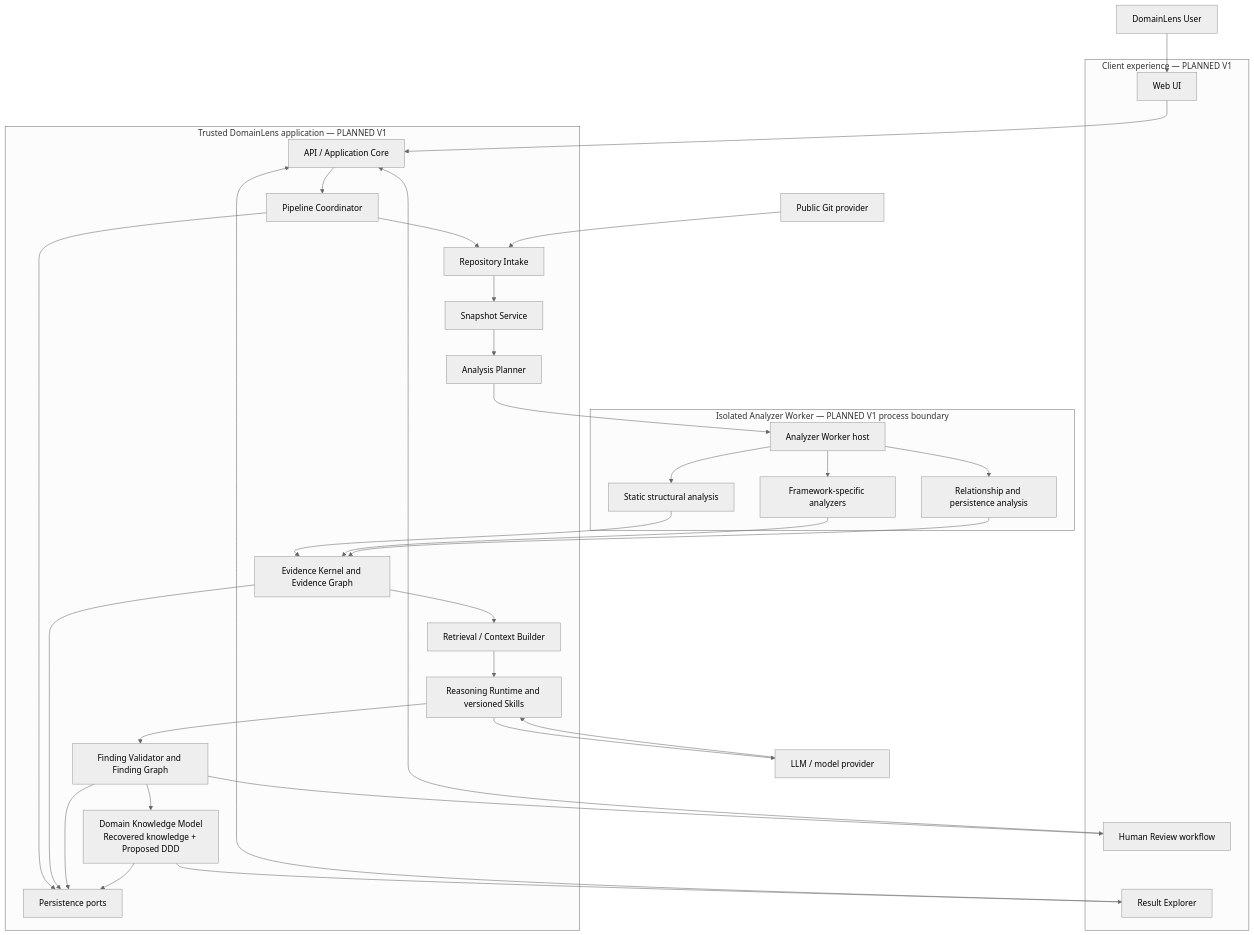
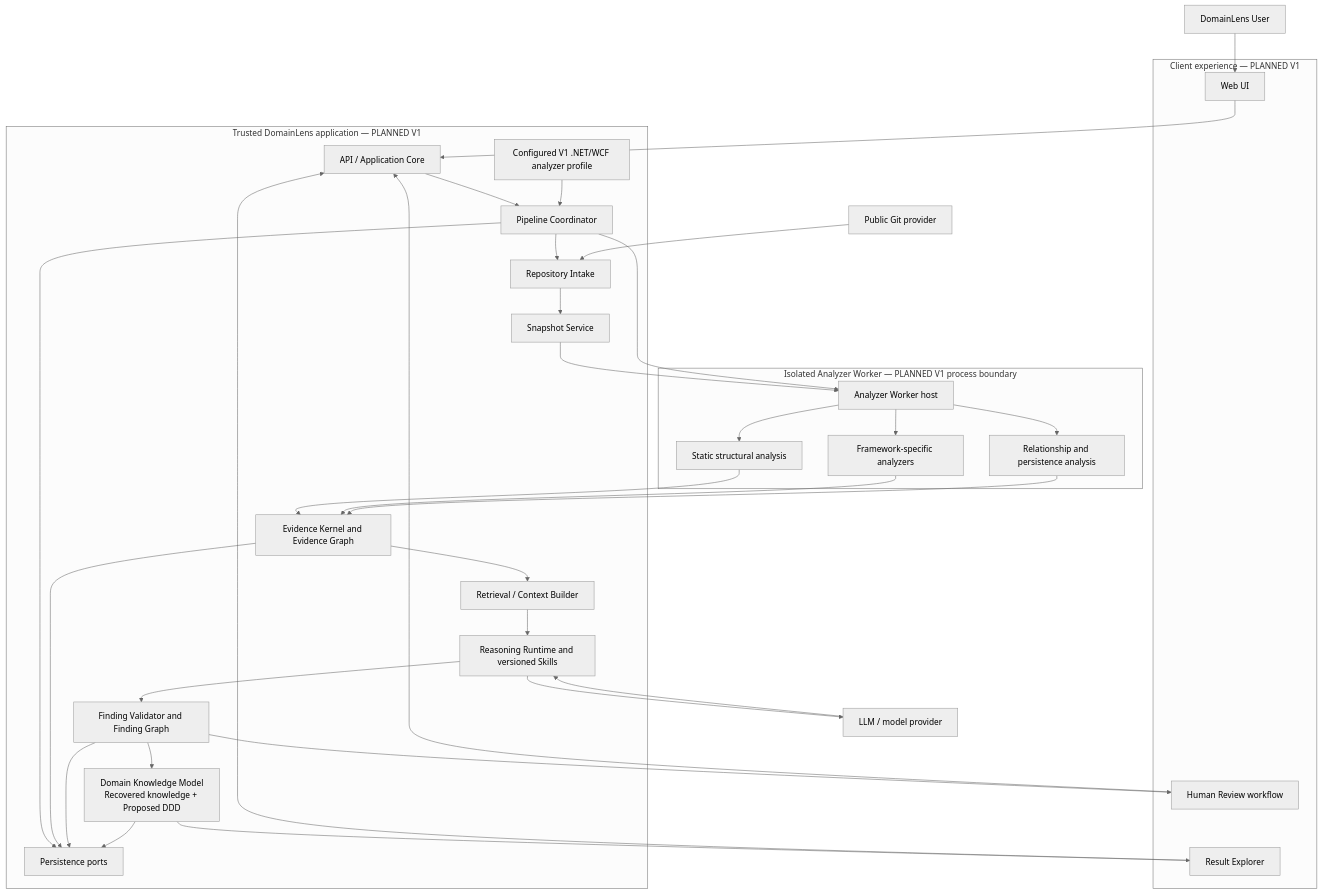
Before and after one commit to ksharik/domainLens: the diagram in docs/architecture/02-logical-architecture.md, drawn with Mermaid (neutral theme). The commit also changed other lines of this file and 9 other files, not shown here.

````diff
--- a/docs/architecture/02-logical-architecture.md
+++ b/docs/architecture/02-logical-architecture.md
@@ -38,62 +38,63 @@
 ```mermaid
 flowchart TB
     user["DomainLens User"]
     git["Public Git provider"]
     model["LLM / model provider"]
 
     subgraph clients["Client experience — PLANNED V1"]
         web["Web UI"]
         explorer["Result Explorer"]
         review["Human Review workflow"]
     end
 
     subgraph trusted["Trusted DomainLens application — PLANNED V1"]
         api["API / Application Core"]
         coordinator["Pipeline Coordinator"]
         intake["Repository Intake"]
         snapshot["Snapshot Service"]
-        planner["Analysis Planner"]
+        analyzerConfig["Configured V1 .NET/WCF analyzer profile"]
         evidenceKernel["Evidence Kernel and Evidence Graph"]
         context["Retrieval / Context Builder"]
         reasoning["Reasoning Runtime and versioned Skills"]
         findingValidator["Finding Validator and Finding Graph"]
         domainModel["Domain Knowledge Model<br/>Recovered knowledge + Proposed DDD"]
         persistence["Persistence ports"]
     end
 
     subgraph isolated["Isolated Analyzer Worker — PLANNED V1 process boundary"]
         worker["Analyzer Worker host"]
         structural["Static structural analysis"]
         framework["Framework-specific analyzers"]
         relationships["Relationship and persistence analysis"]
     end
 
     user --> web
     web --> api
     explorer --> api
     review --> api
     api --> coordinator
     coordinator --> intake
     git --> intake
     intake --> snapshot
-    snapshot --> planner
-    planner --> worker
+    snapshot --> worker
+    analyzerConfig --> coordinator
+    coordinator --> worker
     worker --> structural
     worker --> framework
     worker --> relationships
     structural --> evidenceKernel
     framework --> evidenceKernel
     relationships --> evidenceKernel
     evidenceKernel --> context
     context --> reasoning
     reasoning --> model
     model --> reasoning
     reasoning --> findingValidator
     findingValidator --> review
     findingValidator --> domainModel
     domainModel --> explorer
     coordinator --> persistence
     evidenceKernel --> persistence
     findingValidator --> persistence
     domainModel --> persistence
 ```
````
